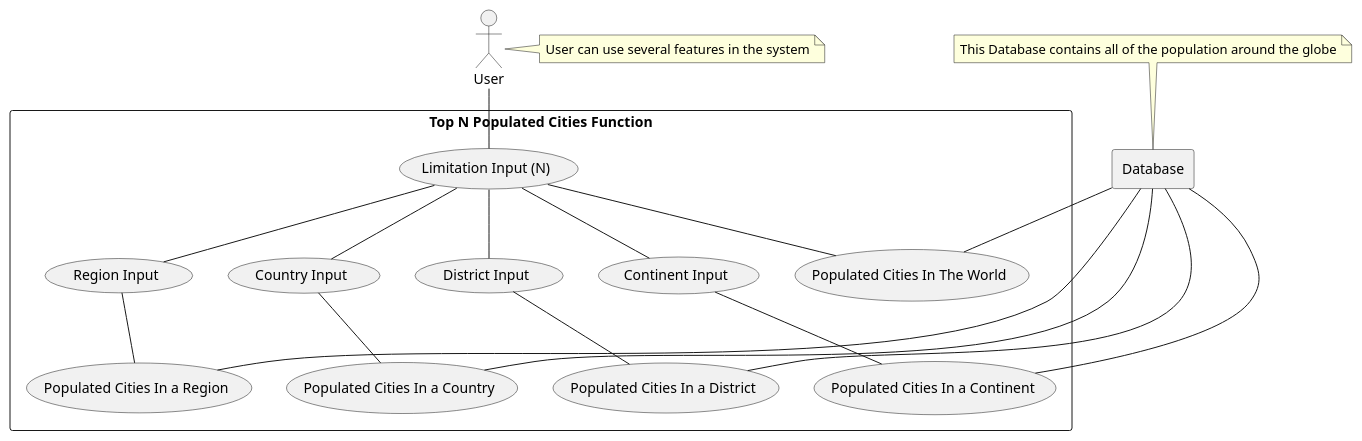
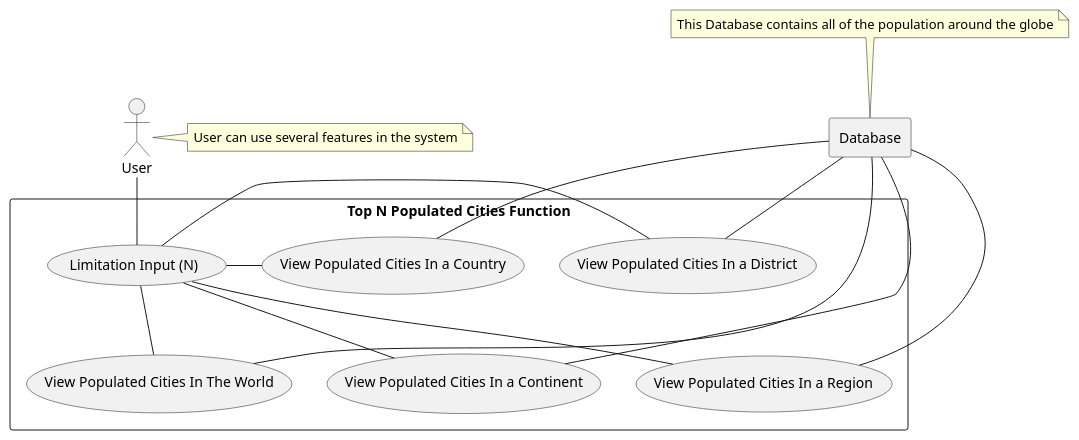
Before and after one commit to 40437404/DevOps_SET09623: the diagram in use-cases/TopNPopulatedCitiesFunction.puml, drawn with PlantUML. The commit also changed 9 other files, not shown here.

Commit message:
UseCase Diagrams Updated

```diff
--- a/use-cases/TopNPopulatedCitiesFunction.puml
+++ b/use-cases/TopNPopulatedCitiesFunction.puml
@@ -1,34 +1,25 @@
 @startuml
 actor user as "User"
 note right of user: User can use several features in the system
 rectangle db as "Database"
 note top of db: This Database contains all of the population around the globe
 rectangle "Top N Populated Cities Function"{
     usecase input as "Limitation Input (N)"
-    usecase continent as "Continent Input"
-    usecase region as "Region Input"
-    usecase country as "Country Input"
-    usecase district as "District Input"
-    usecase PC1 as "Populated Cities In The World"
-    usecase PC2 as "Populated Cities In a Continent"
-    usecase PC3 as "Populated Cities In a Region"
-    usecase PC4 as "Populated Cities In a Country"
-    usecase PC5 as "Populated Cities In a District"
+    usecase PC1 as "View Populated Cities In The World"
+    usecase PC2 as "View Populated Cities In a Continent"
+    usecase PC3 as "View Populated Cities In a Region"
+    usecase PC4 as "View Populated Cities In a Country"
+    usecase PC5 as "View Populated Cities In a District"
     db - PC1
     db -- PC2
     db --- PC3
     db -- PC4
     db - PC5
 }
 user -- input
 input -- PC1
-input -- continent
-input -- region
-input -- country
-input -- district
-continent -- PC2
-region -- PC3
-country -- PC4
-district -- PC5
-
+input -- PC2
+input -- PC3
+input - PC4
+input - PC5
 @enduml
```
